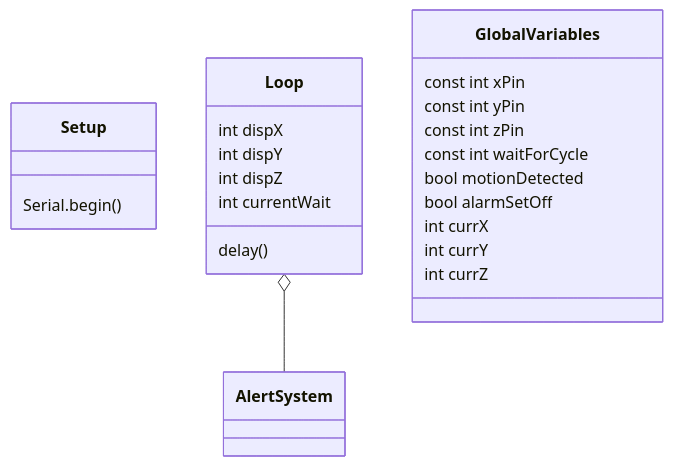
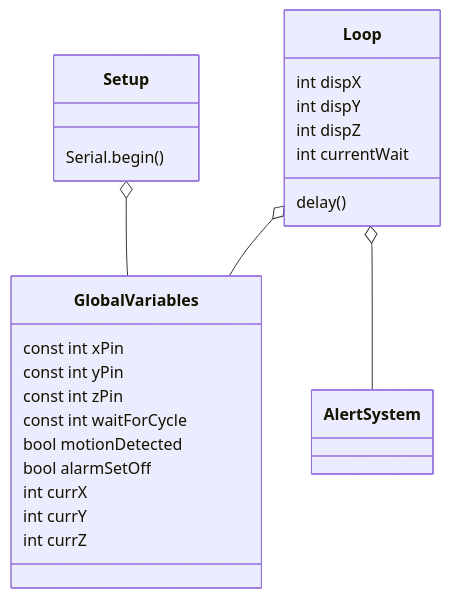
The diagram in UML Diagram.md (bczuniga/CS530-Laundry-Timer), drawn with Mermaid before and after one commit.

Commit message:
Added aggregation lines for global variables

````diff
--- a/UML Diagram.md
+++ b/UML Diagram.md
@@ -3,34 +3,36 @@
 ```mermaid
 classDiagram
 
     class Setup {
         Serial.begin()
 }
 
     class Loop {
         int dispX
         int dispY
         int dispZ
         int currentWait
         delay()
 
 }
 
     class GlobalVariables {
         const int xPin
         const int yPin
         const int zPin
         const int waitForCycle
         bool motionDetected
         bool alarmSetOff
         int currX
         int currY
         int currZ
 }
 
     class AlertSystem {
         
 }
 
     Loop o-- AlertSystem
+    Loop o-- GlobalVariables
+    Setup o-- GlobalVariables
 ```
````
